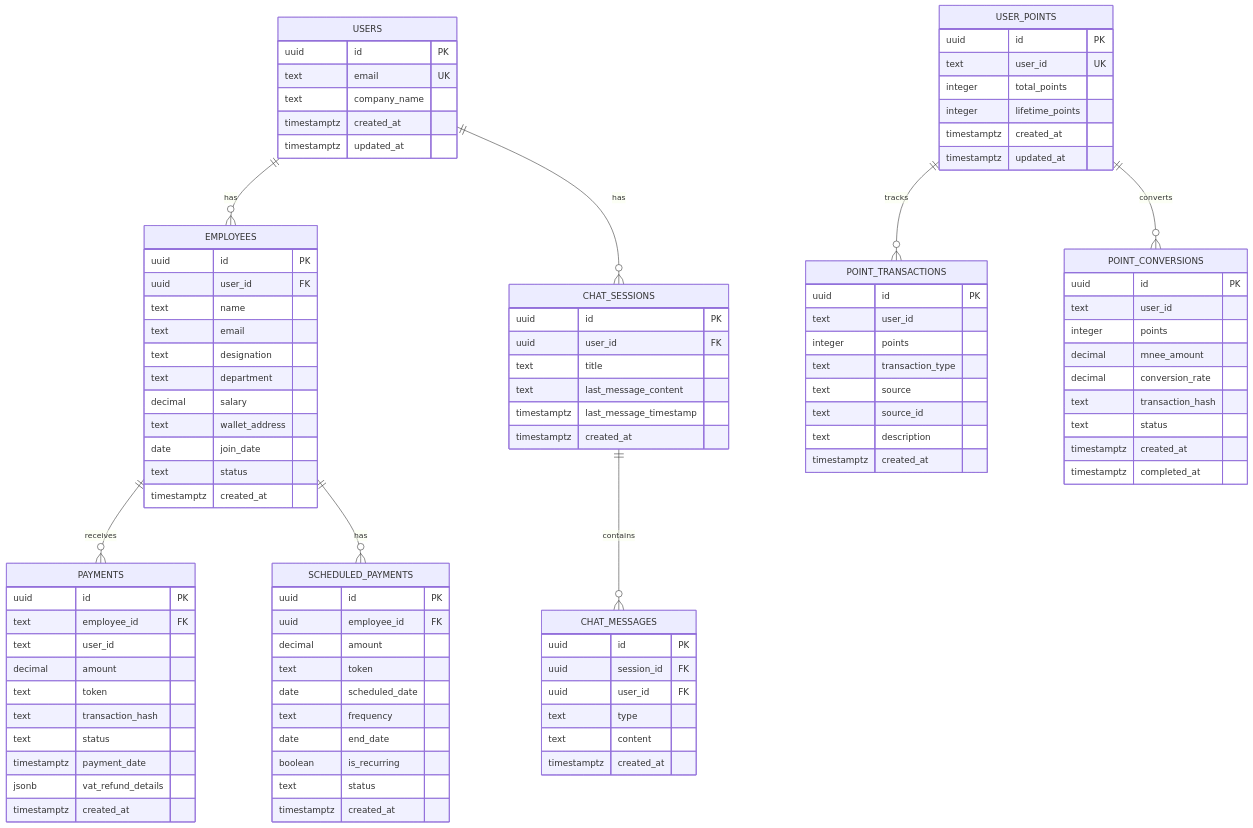
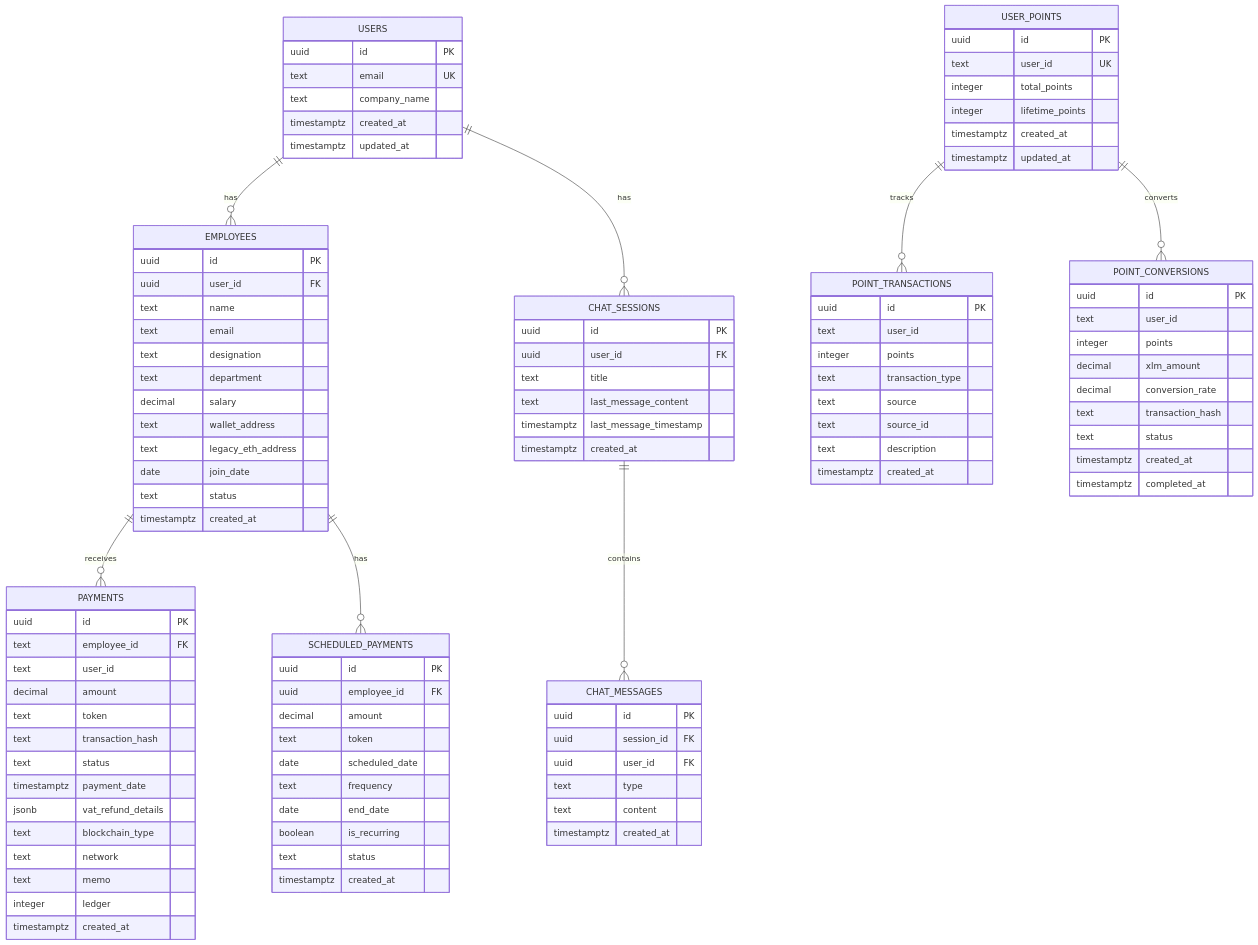
Before and after one commit to AmaanSayyad/Gemetra-Stellar: the second of 10 diagrams in README.md, drawn with Mermaid. The commit also changed other lines of this file and 57 other files, not shown here.

```diff
--- a/README.md
+++ b/README.md
@@ -130,6 +130,7 @@
         text department
         decimal salary
         text wallet_address
+        text legacy_eth_address
         date join_date
         text status
         timestamptz created_at
@@ -145,6 +146,10 @@
         text status
         timestamptz payment_date
         jsonb vat_refund_details
+        text blockchain_type
+        text network
+        text memo
+        integer ledger
         timestamptz created_at
     }
 
@@ -203,7 +208,7 @@
         uuid id PK
         text user_id
         integer points
-        decimal mnee_amount
+        decimal xlm_amount
         decimal conversion_rate
         text transaction_hash
         text status
```
